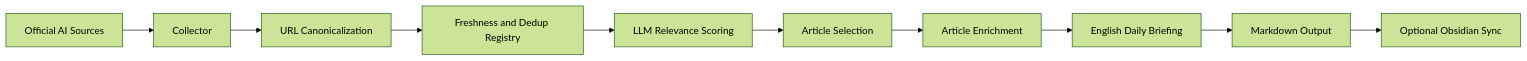
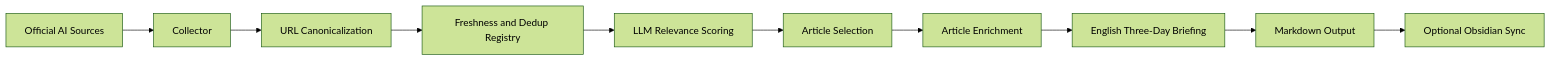
The diagram in README.md (HayesGu/ai-news-brief-agent), drawn with Mermaid (forest theme) before and after one commit. The commit also changed other lines of this file and 11 other files, not shown here.

Commit message:
Update briefing cadence to three-day reports

````diff
--- a/README.md
+++ b/README.md
@@ -43,12 +43,12 @@
 ```mermaid
 flowchart LR
   A[Official AI Sources] --> B[Collector]
   B --> C[URL Canonicalization]
   C --> D[Freshness and Dedup Registry]
   D --> E[LLM Relevance Scoring]
   E --> F[Article Selection]
   F --> G[Article Enrichment]
-  G --> H[English Daily Briefing]
+  G --> H[English Three-Day Briefing]
   H --> I[Markdown Output]
   I --> J[Optional Obsidian Sync]
 ```
````
